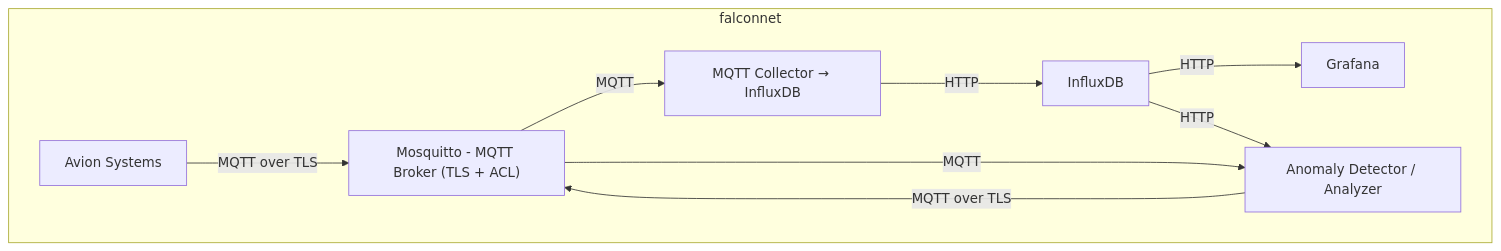
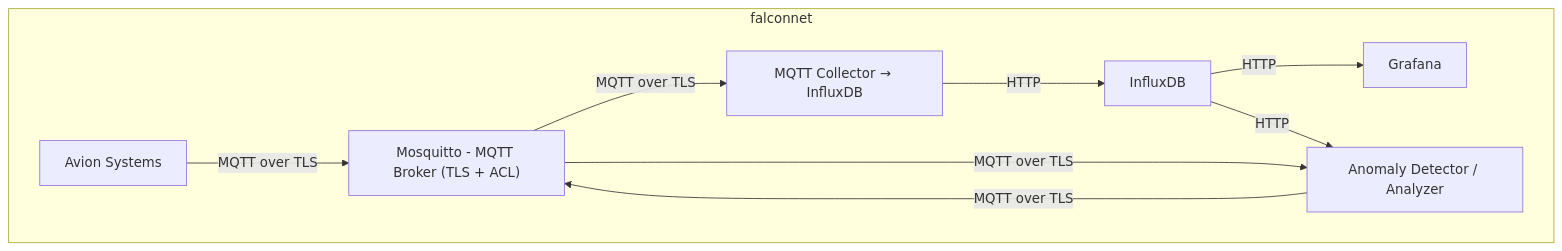
The diagram in README.md (Athos-0day/FalconEye), drawn with Mermaid before and after one commit.

````diff
--- a/README.md
+++ b/README.md
@@ -9,22 +9,22 @@
 ```mermaid
 graph TD
     subgraph falconnet
         avion["Avion Systems"]
         mqtt["Mosquitto - MQTT Broker (TLS + ACL)"]
         collector["MQTT Collector → InfluxDB"]
         influxdb["InfluxDB"]
         grafana["Grafana"]
         analyzer["Anomaly Detector / Analyzer"]
     end
 
     avion -->|MQTT over TLS| mqtt
-    mqtt -->|MQTT| collector
+    mqtt -->|MQTT over TLS| collector
     collector -->|HTTP| influxdb
     influxdb -->|HTTP| grafana
 
-    mqtt -->|MQTT| analyzer
+    mqtt -->|MQTT over TLS| analyzer
     influxdb -->|HTTP| analyzer
 
     analyzer -->|MQTT over TLS| mqtt
 
 ```
````
